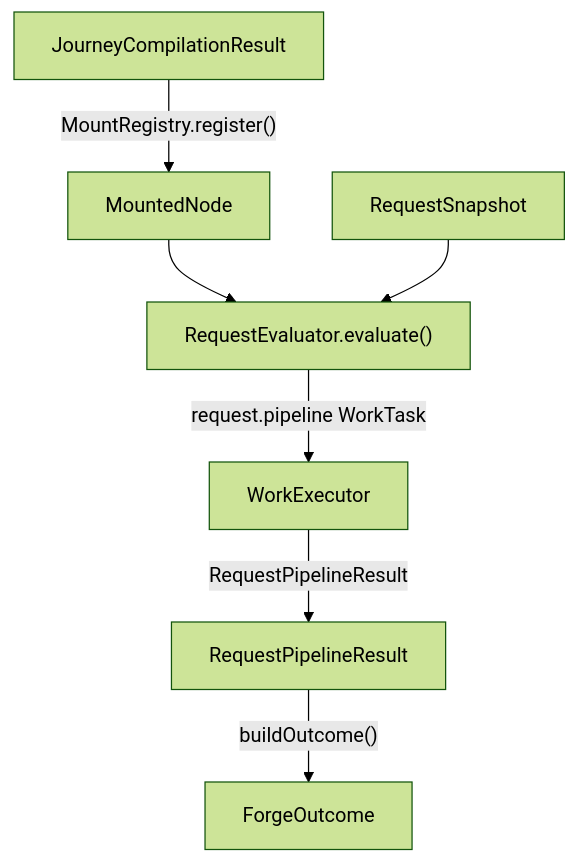
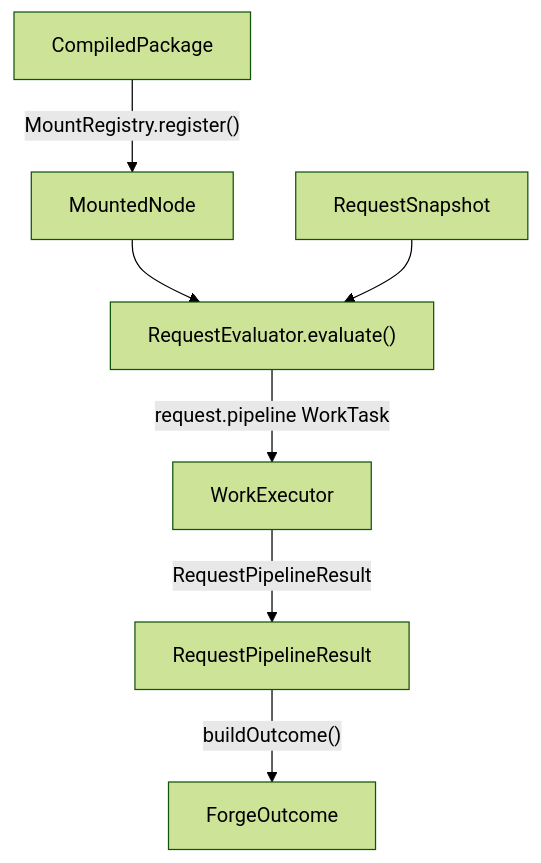
Before and after one commit to ministryofjustice/hmpps-forge: the third of 3 diagrams in packages/forge-core/src/engine/README.md, drawn with Mermaid (forest theme). The commit also changed other lines of this file and 23 other files, not shown here.

````diff
--- a/packages/forge-core/src/engine/README.md
+++ b/packages/forge-core/src/engine/README.md
@@ -96,9 +96,9 @@
 ```mermaid
 flowchart TD
-  compiled["JourneyCompilationResult"] -->|"MountRegistry.register()"| mounted["MountedNode"]
+  compiled["CompiledPackage"] -->|"MountRegistry.register()"| mounted["MountedNode"]
   mounted --> evaluator["RequestEvaluator.evaluate()"]
   snapshot["RequestSnapshot"] --> evaluator
   evaluator -->|"request.pipeline WorkTask"| work["WorkExecutor"]
   work -->|"RequestPipelineResult"| result["RequestPipelineResult"]
   result -->|"buildOutcome()"| outcome["ForgeOutcome"]
 ```
````
